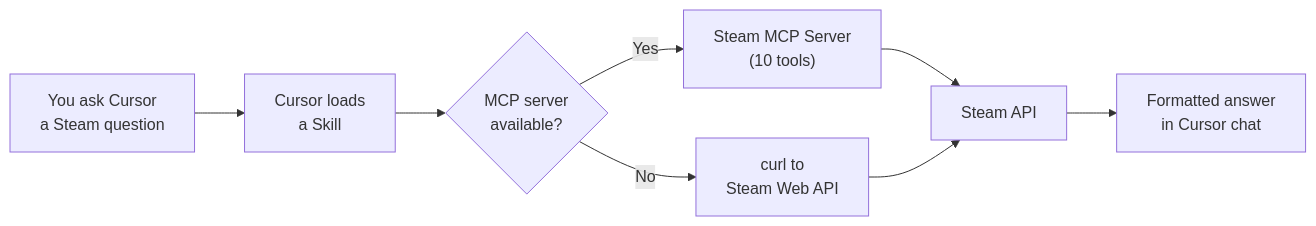
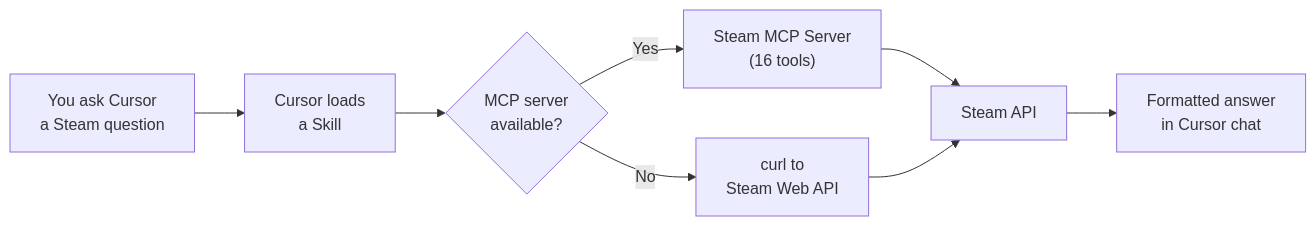
Before and after one commit to TMHSDigital/Steam-Cursor-Plugin: the diagram in README.md, drawn with Mermaid. The commit also changed other lines of this file, not shown here.

````diff
--- a/README.md
+++ b/README.md
@@ -34,10 +53,10 @@
 ```mermaid
 flowchart LR
     A["You ask Cursor\na Steam question"] --> B["Cursor loads\na Skill"]
     B --> C{"MCP server\navailable?"}
-    C -- Yes --> D["Steam MCP Server\n(10 tools)"]
+    C -- Yes --> D["Steam MCP Server\n(16 tools)"]
     C -- No --> E["curl to\nSteam Web API"]
     D --> F["Steam API"]
     E --> F
     F --> G["Formatted answer\nin Cursor chat"]
 ```
````
